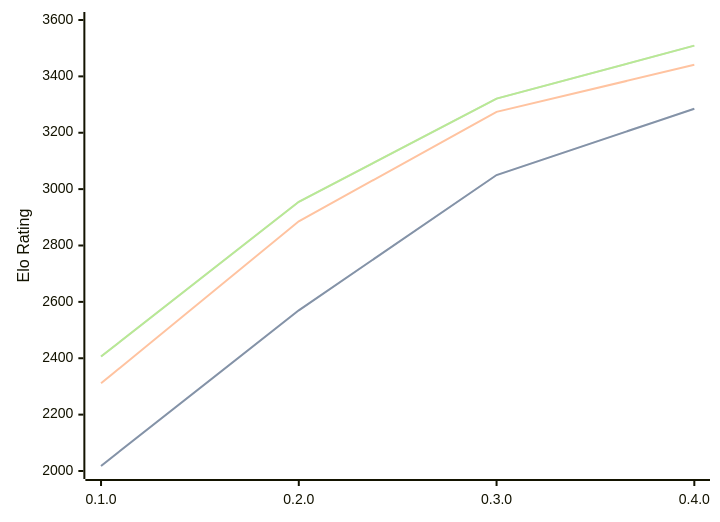
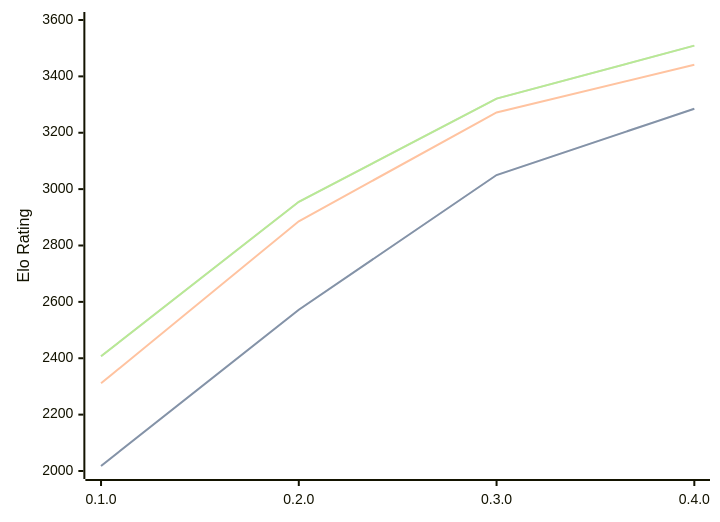
One commit to computer-chess-index/cci changed the diagram in engines/Justbot.md. Above: the diagram before and after it, drawn with Mermaid. The commit also changed other lines of this file, not shown here.

Commit message:
Update CCI Ratings (ELO VLTC) - 2026-08-25

````diff
--- a/engines/Justbot.md
+++ b/engines/Justbot.md
@@ -34,11 +34,11 @@
 ```mermaid
 %%{init: {"theme":"base","themeVariables":{"seriesColors:['#a3a3a3','#222221','#faa371']}}}%%
 xychart-beta
   x-axis ["0.1.0", "0.2.0", "0.3.0", "0.4.0"]
   y-axis "Elo Rating" 2000 --> 3600
-  line "STC (8.0+0.08s)" [2018, 2570, 3050, 3285]
-  line "STC (8.0+0.08s)" [2018, 2570, 3050, 3285]
-  line "LTC (60.0+0.60s)" [2311, 2886, 3274, 3441]
-  line "VLTC (2m24s+1.12s)" [2406, 2955, 3321, 3509]
-  line "VLTC (2m24s+1.12s)" [2406, 2955, 3321, 3509]
+  line "STC (8.0+0.08s)" [2018, 2572, 3050, 3285]
+  line "STC (8.0+0.08s)" [2018, 2572, 3050, 3285]
+  line "LTC (60.0+0.60s)" [2311, 2886, 3272, 3441]
+  line "VLTC (2m24s+1.12s)" [2407, 2955, 3321, 3509]
+  line "VLTC (2m24s+1.12s)" [2407, 2955, 3321, 3509]
 ```
````
